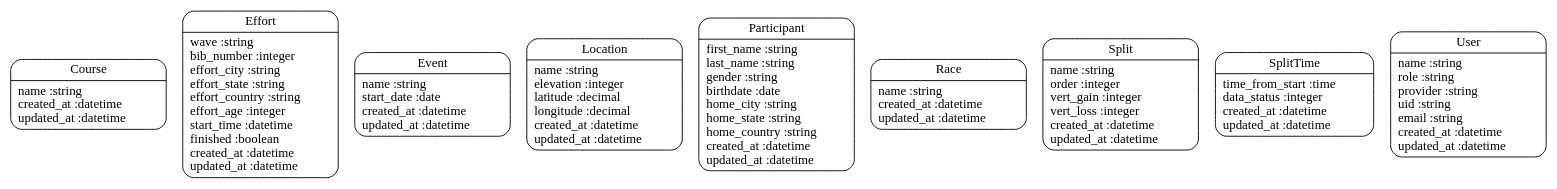
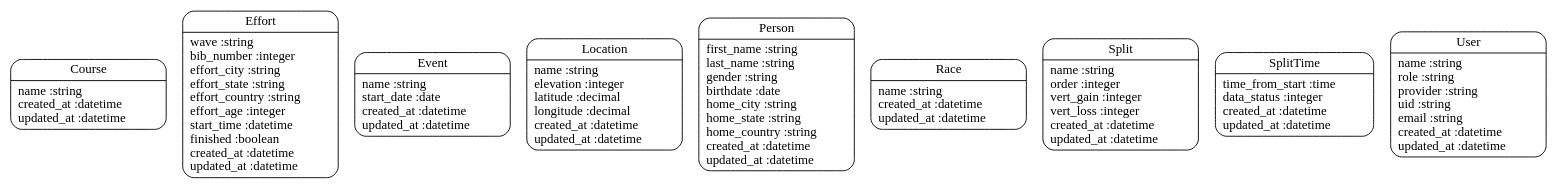
The diagram in models.dot (SplitTime/OpenSplitTime), drawn with Graphviz before and after one commit. The commit also changed 110 other files, not shown here.

```diff
--- a/models.dot
+++ b/models.dot
@@ -1,12 +1,12 @@
 digraph models_diagram {
 	graph[overlap=false, splines=true]
 	"Course" [shape=Mrecord, label="{Course|name :string\lcreated_at :datetime\lupdated_at :datetime\l}"]
 	"Effort" [shape=Mrecord, label="{Effort|wave :string\lbib_number :integer\leffort_city :string\leffort_state :string\leffort_country :string\leffort_age :integer\lstart_time :datetime\lfinished :boolean\lcreated_at :datetime\lupdated_at :datetime\l}"]
 	"Event" [shape=Mrecord, label="{Event|name :string\lstart_date :date\lcreated_at :datetime\lupdated_at :datetime\l}"]
 	"Location" [shape=Mrecord, label="{Location|name :string\lelevation :integer\llatitude :decimal\llongitude :decimal\lcreated_at :datetime\lupdated_at :datetime\l}"]
-	"Participant" [shape=Mrecord, label="{Participant|first_name :string\llast_name :string\lgender :string\lbirthdate :date\lhome_city :string\lhome_state :string\lhome_country :string\lcreated_at :datetime\lupdated_at :datetime\l}"]
+	"Person" [shape=Mrecord, label="{Person|first_name :string\llast_name :string\lgender :string\lbirthdate :date\lhome_city :string\lhome_state :string\lhome_country :string\lcreated_at :datetime\lupdated_at :datetime\l}"]
 	"Race" [shape=Mrecord, label="{Race|name :string\lcreated_at :datetime\lupdated_at :datetime\l}"]
 	"Split" [shape=Mrecord, label="{Split|name :string\lorder :integer\lvert_gain :integer\lvert_loss :integer\lcreated_at :datetime\lupdated_at :datetime\l}"]
 	"SplitTime" [shape=Mrecord, label="{SplitTime|time_from_start :time\ldata_status :integer\lcreated_at :datetime\lupdated_at :datetime\l}"]
 	"User" [shape=Mrecord, label="{User|name :string\lrole :string\lprovider :string\luid :string\lemail :string\lcreated_at :datetime\lupdated_at :datetime\l}"]
 }
```
